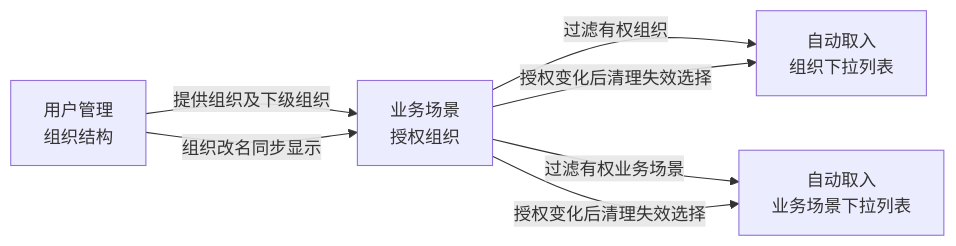
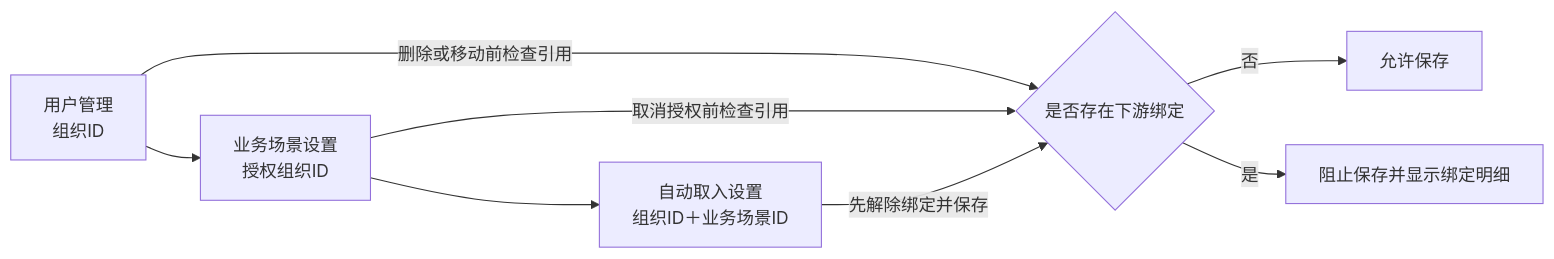
One commit to aruirage/Densan-Demo changed the second of 2 diagrams in demo/PRD.zh-CN.md. Above: the diagram before and after it, drawn with Mermaid. The commit also changed other lines of this file and 8 other files, not shown here.

````diff
--- a/demo/PRD.zh-CN.md
+++ b/demo/PRD.zh-CN.md
@@ -55,9 +54,10 @@
 ```mermaid
 flowchart LR
-  O[用户管理<br/>组织结构] -->|提供组织及下级组织| B[业务场景<br/>授权组织]
-  B -->|过滤有权组织| A1[自动取入<br/>组织下拉列表]
-  B -->|过滤有权业务场景| A2[自动取入<br/>业务场景下拉列表]
-  O -->|组织改名同步显示| B
-  B -->|授权变化后清理失效选择| A1
-  B -->|授权变化后清理失效选择| A2
+  O[用户管理<br/>组织ID] --> S[业务场景设置<br/>授权组织ID]
+  S --> W[自动取入设置<br/>组织ID＋业务场景ID]
+  O -->|删除或移动前检查引用| C{是否存在下游绑定}
+  S -->|取消授权前检查引用| C
+  C -->|否| OK[允许保存]
+  C -->|是| NG[阻止保存并显示绑定明细]
+  W -->|先解除绑定并保存| C
 ```
````
